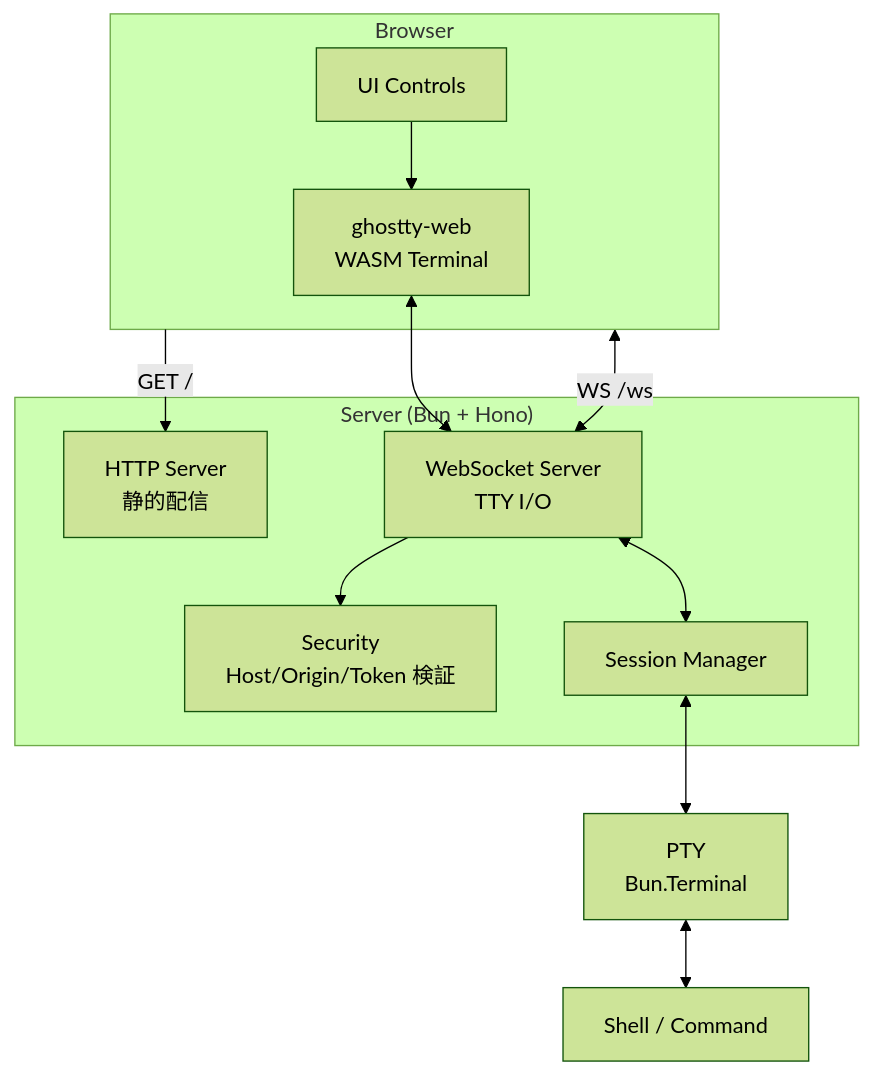
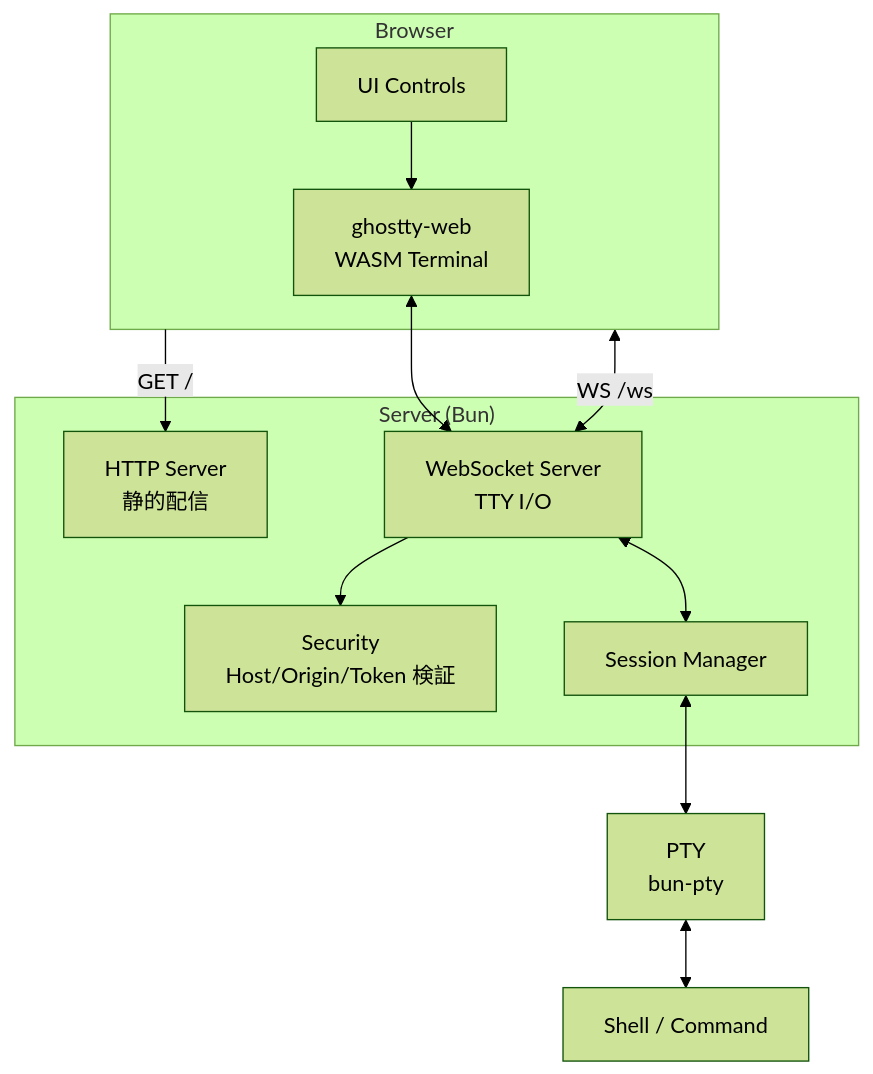
One commit to shuymn/kastty changed the first of 2 diagrams in docs/plans/2026-02-24-kastty-design.md. Above: the diagram before and after it, drawn with Mermaid (forest theme). The commit also changed other lines of this file and 2 other files, not shown here.

Commit message:
docs: update ADR and design docs for PTY migration

````diff
--- a/docs/plans/2026-02-24-kastty-design.md
+++ b/docs/plans/2026-02-24-kastty-design.md
@@ -67,26 +67,26 @@
 ```mermaid
 graph TB
     subgraph Browser
         UI[UI Controls]
         GW[ghostty-web<br/>WASM Terminal]
     end
 
-    subgraph "Server (Bun + Hono)"
+    subgraph "Server (Bun)"
         HTTP[HTTP Server<br/>静的配信]
         WS[WebSocket Server<br/>TTY I/O]
         SEC[Security<br/>Host/Origin/Token 検証]
         SM[Session Manager]
     end
 
-    PTY[PTY<br/>Bun.Terminal]
+    PTY[PTY<br/>bun-pty]
     SHELL[Shell / Command]
 
     Browser -->|"GET /"| HTTP
     Browser <-->|"WS /ws"| WS
     WS --> SEC
     WS <--> SM
     SM <--> PTY
     PTY <--> SHELL
     UI --> GW
     GW <--> WS
 ```
````
